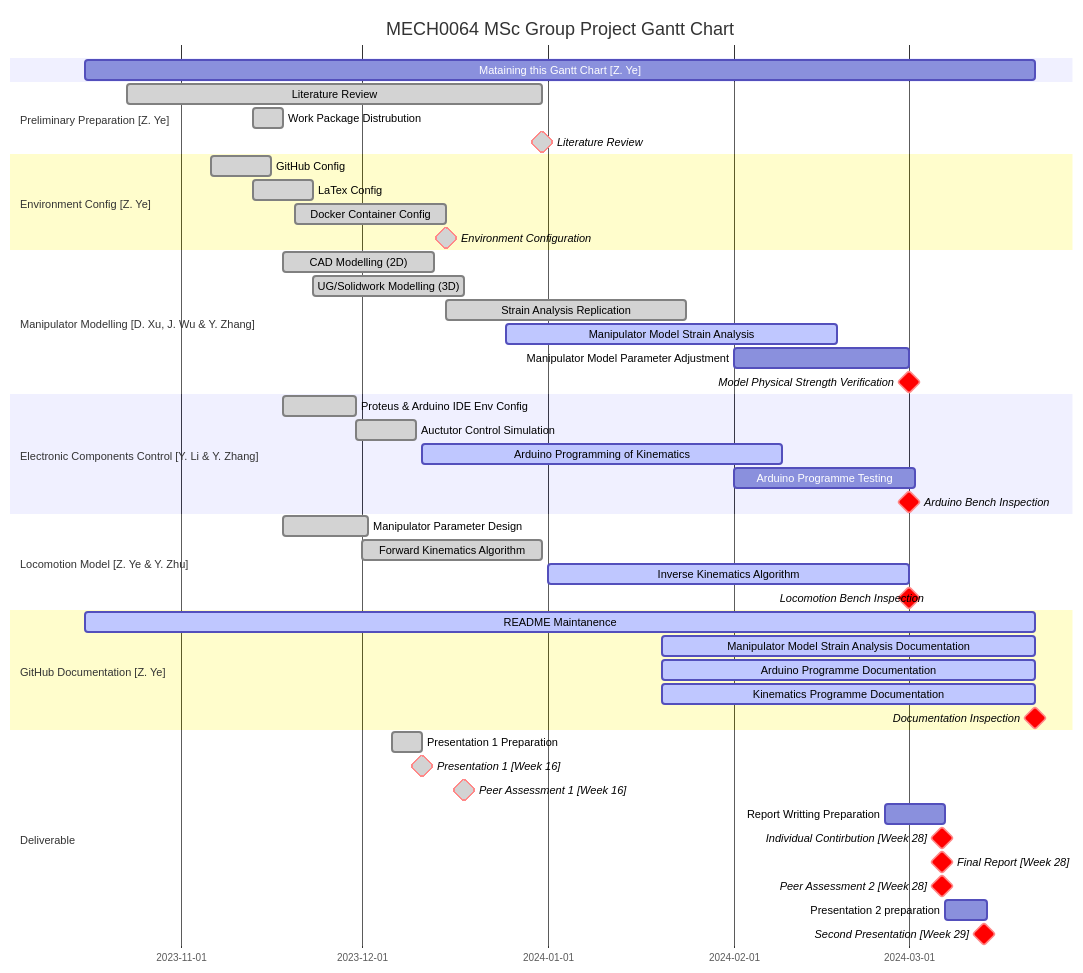
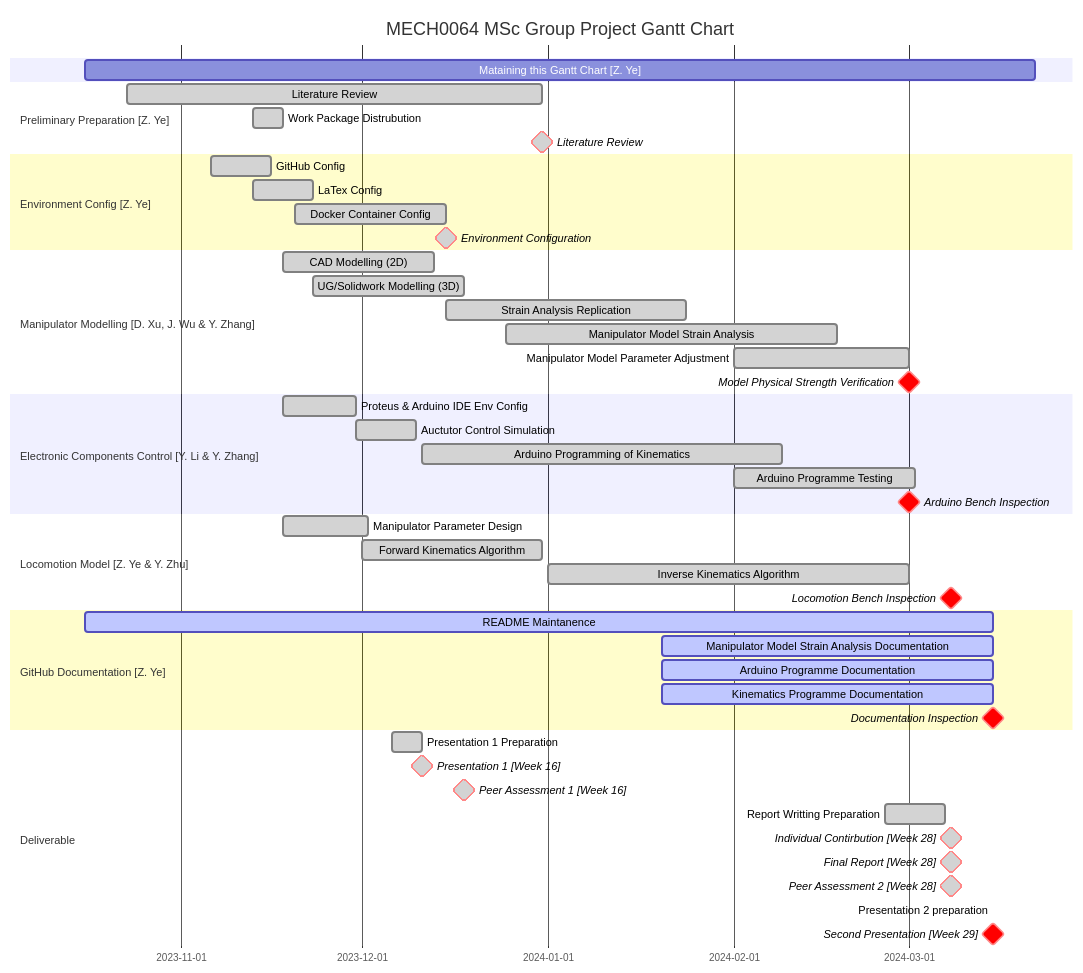
Before and after one commit to yezehao/Compact-Continuum-Manipulator-Platform: the diagram in README.md, drawn with Mermaid. The commit also changed other lines of this file, not shown here.

````diff
--- a/README.md
+++ b/README.md
@@ -124,57 +129,57 @@
 ```mermaid
 gantt
     dateFormat  YYYY-MM-DD
     title MECH0064 MSc Group Project Gantt Chart
 
     Mataining this Gantt Chart [Z. Ye] : 2023-10-16, 2024-03-22
 
     section Preliminary Preparation [Z. Ye]
     Literature Review: done, 2023-10-23, 2023-12-31
     Work Package Distrubution: done, 2023-11-13, 5d
     Literature Review: milestone, crit, done, 2023-12-31, 0d 
 
     section Environment Config [Z. Ye]
     GitHub Config: done, 2023-11-6, 10d
     LaTex Config: done, 2023-11-13, 10d
     Docker Container Config: done, 2023-11-20, 25d
     Environment Configuration: milestone, done, crit, 2023-12-15, 0d 
 
     section Manipulator Modelling [D. Xu, J. Wu & Y. Zhang] 
     CAD Modelling (2D): done, 2023-11-18, 25d
     UG/Solidwork Modelling (3D): done, 2023-11-23, 25d
     Strain Analysis Replication: done, 2023-12-15, 40d
-    Manipulator Model Strain Analysis: active, 2023-12-25, 55d
-    Manipulator Model Parameter Adjustment: 2024-02-01, 2024-03-01
+    Manipulator Model Strain Analysis: done, 2023-12-25, 55d
+    Manipulator Model Parameter Adjustment: done, 2024-02-01, 2024-03-01
     Model Physical Strength Verification: milestone, crit, 2024-03-01, 0d 
 
     section Electronic Components Control [Y. Li & Y. Zhang]
     Proteus & Arduino IDE Env Config: done, 2023-11-18, 12d
     Auctutor Control Simulation: done, 2023-11-30, 10d
-    Arduino Programming of Kinematics: active, 2023-12-11, 60d
-    Arduino Programme Testing: 2024-02-01, 30d
+    Arduino Programming of Kinematics: done, 2023-12-11, 60d
+    Arduino Programme Testing: done, 2024-02-01, 30d
     Arduino Bench Inspection: milestone, crit, 2024-03-01, 0d 
 
     section Locomotion Model [Z. Ye & Y. Zhu]
     Manipulator Parameter Design: done, 2023-11-18, 14d
     Forward Kinematics Algorithm: done, 2023-12-01, 30d
-    Inverse Kinematics Algorithm: active, 2024-01-01, 60d
-    Locomotion Bench Inspection: milestone, crit, 2024-03-01, 0d 
+    Inverse Kinematics Algorithm: done, 2024-01-01, 60d
+    Locomotion Bench Inspection: milestone, crit, 2024-03-08, 0d 
 
     section GitHub Documentation [Z. Ye]
-    README Maintanence: active, 2023-10-16, 2024-03-22
-    Manipulator Model Strain Analysis Documentation: active, 2024-01-20, 2024-03-22
-    Arduino Programme Documentation: active, 2024-01-20, 2024-03-22
-    Kinematics Programme Documentation: active, 2024-01-20, 2024-03-22
-    Documentation Inspection: milestone, crit, 2024-03-22, 0d 
+    README Maintanence: active, 2023-10-16, 2024-03-15
+    Manipulator Model Strain Analysis Documentation: active, 2024-01-20, 2024-03-15
+    Arduino Programme Documentation: active, 2024-01-20, 2024-03-15
+    Kinematics Programme Documentation: active, 2024-01-20, 2024-03-15
+    Documentation Inspection: milestone, crit, 2024-03-15, 0d 
 
     section Deliverable
     Presentation 1 Preparation: done, 2023-12-06, 5d
     Presentation 1 [Week 16]: milestone, done, crit, 2023-12-11, 0d 
     Peer Assessment 1 [Week 16]: milestone, done, crit, 2023-12-18, 0d 
-    Report Writting Preparation: 2024-02-26, 10d 
-    Individual Contirbution [Week 28]: milestone, crit, 2024-03-04, 5d 
-    Final Report [Week 28]: milestone, crit, 2024-03-04, 5d 
-    Peer Assessment 2 [Week 28]: milestone, crit, 2024-03-04, 5d
-    Presentation 2 preparation: 2024-03-07, 7d 
-    Second Presentation [Week 29]: milestone, crit, 2024-03-11, 5d 
+    Report Writting Preparation: done, 2024-02-26, 10d 
+    Individual Contirbution [Week 28]: done, milestone, crit, 2024-03-08, 0d 
+    Final Report [Week 28]: done, milestone, crit, 2024-03-08, 0d 
+    Peer Assessment 2 [Week 28]: done, milestone, crit, 2024-03-08, 0d
+    Presentation 2 preparation: 2024-03-15, 0d 
+    Second Presentation [Week 29]: milestone, crit, 2024-03-15, 0d 
 ```
````
